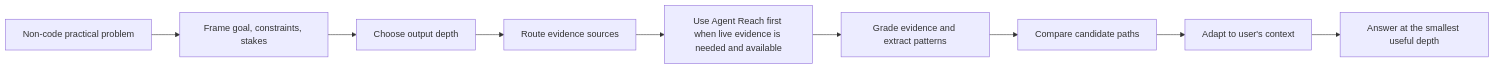
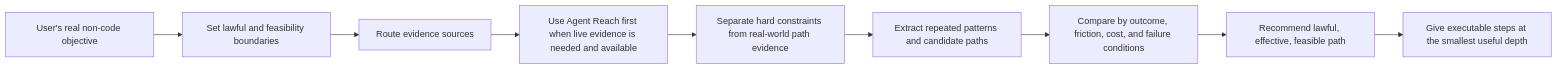
The second of 2 diagrams in README.md (Jia-Ethan/pavedpath), drawn with Mermaid before and after one commit. The commit also changed other lines of this file and 7 other files, not shown here.

Commit message:
Refine PavedPath effective-first methodology

````diff
--- a/README.md
+++ b/README.md
@@ -298,11 +339,11 @@
 ```mermaid
 flowchart LR
-  A["Non-code practical problem"] --> B["Frame goal, constraints, stakes"]
-  B --> C["Choose output depth"]
-  C --> D["Route evidence sources"]
-  D --> E["Use Agent Reach first when live evidence is needed and available"]
-  E --> F["Grade evidence and extract patterns"]
-  F --> G["Compare candidate paths"]
-  G --> H["Adapt to user's context"]
-  H --> I["Answer at the smallest useful depth"]
+  A["User's real non-code objective"] --> B["Set lawful and feasibility boundaries"]
+  B --> C["Route evidence sources"]
+  C --> D["Use Agent Reach first when live evidence is needed and available"]
+  D --> E["Separate hard constraints from real-world path evidence"]
+  E --> F["Extract repeated patterns and candidate paths"]
+  F --> G["Compare by outcome, friction, cost, and failure conditions"]
+  G --> H["Recommend lawful, effective, feasible path"]
+  H --> I["Give executable steps at the smallest useful depth"]
 ```
````
